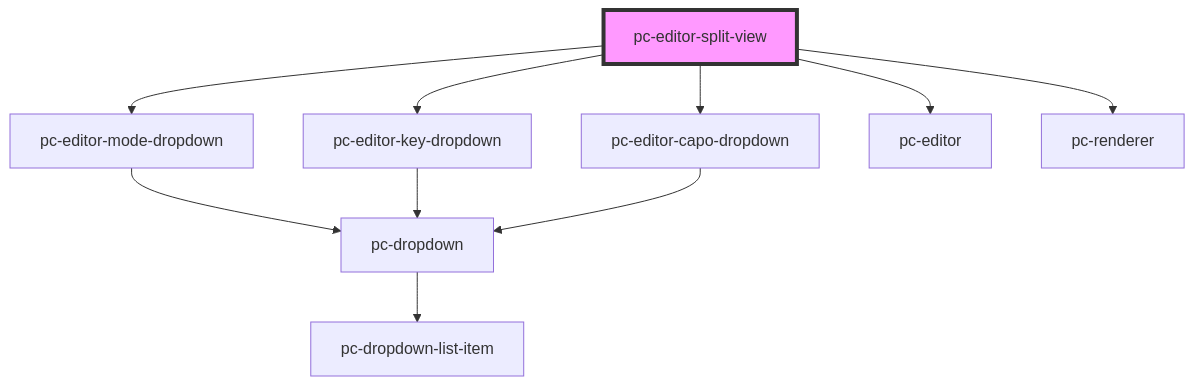
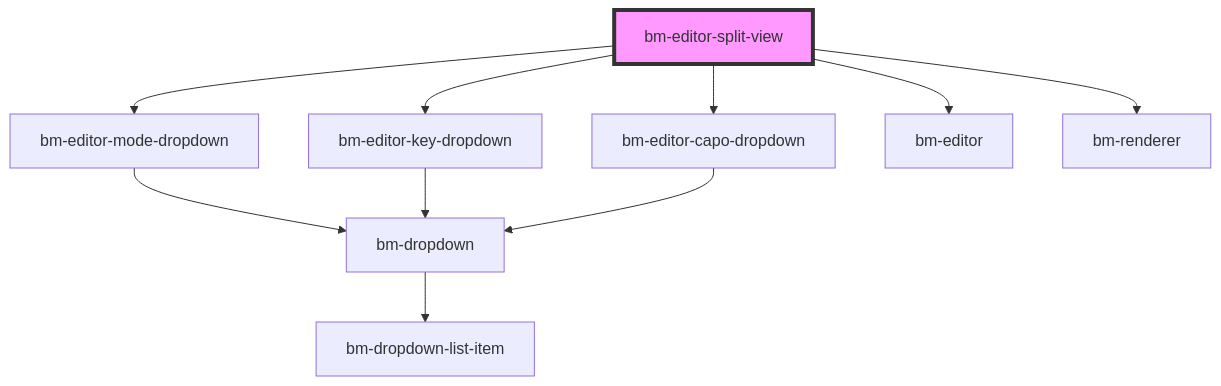
Before and after one commit to bettermusic/studio: the diagram in packages/studio/src/components/editor-split-view/readme.md, drawn with Mermaid. The commit also changed other lines of this file and 38 other files, not shown here.

````diff
--- a/packages/studio/src/components/editor-split-view/readme.md
+++ b/packages/studio/src/components/editor-split-view/readme.md
@@ -19,13 +19,13 @@
 ```mermaid
 graph TD;
-  pc-editor-split-view --> pc-editor-mode-dropdown
-  pc-editor-split-view --> pc-editor-key-dropdown
-  pc-editor-split-view --> pc-editor-capo-dropdown
-  pc-editor-split-view --> pc-editor
-  pc-editor-split-view --> pc-renderer
-  pc-editor-mode-dropdown --> pc-dropdown
-  pc-dropdown --> pc-dropdown-list-item
-  pc-editor-key-dropdown --> pc-dropdown
-  pc-editor-capo-dropdown --> pc-dropdown
-  style pc-editor-split-view fill:#f9f,stroke:#333,stroke-width:4px
+  bm-editor-split-view --> bm-editor-mode-dropdown
+  bm-editor-split-view --> bm-editor-key-dropdown
+  bm-editor-split-view --> bm-editor-capo-dropdown
+  bm-editor-split-view --> bm-editor
+  bm-editor-split-view --> bm-renderer
+  bm-editor-mode-dropdown --> bm-dropdown
+  bm-dropdown --> bm-dropdown-list-item
+  bm-editor-key-dropdown --> bm-dropdown
+  bm-editor-capo-dropdown --> bm-dropdown
+  style bm-editor-split-view fill:#f9f,stroke:#333,stroke-width:4px
 ```
````
